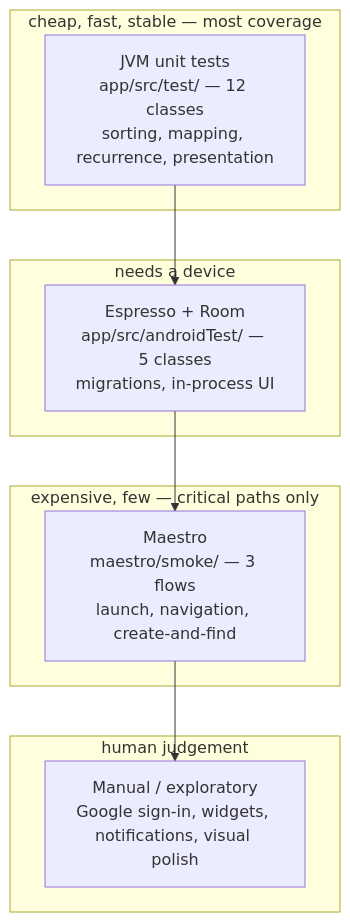
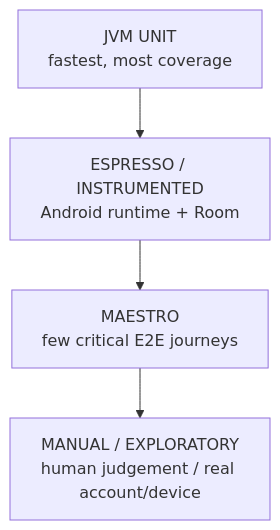
One commit to si13n/si13-android changed the third of 4 diagrams in docs/architecture.md. Above: the diagram before and after it, drawn with Mermaid. The commit also changed other lines of this file and 8 other files, not shown here.

Commit message:
Align harness docs and gates with five-role architecture

````diff
--- a/docs/architecture.md
+++ b/docs/architecture.md
@@ -76,16 +69,6 @@
 ```mermaid
 flowchart TD
-    subgraph cheap["cheap, fast, stable — most coverage"]
-        U["JVM unit tests<br/>app/src/test/ — 12 classes<br/>sorting, mapping, recurrence, presentation"]
-    end
-    subgraph mid["needs a device"]
-        E["Espresso + Room<br/>app/src/androidTest/ — 5 classes<br/>migrations, in-process UI"]
-    end
-    subgraph top["expensive, few — critical paths only"]
-        M["Maestro<br/>maestro/smoke/ — 3 flows<br/>launch, navigation, create-and-find"]
-    end
-    subgraph human["human judgement"]
-        X["Manual / exploratory<br/>Google sign-in, widgets, notifications, visual polish"]
-    end
-    U --> E --> M --> X
+    U["JVM UNIT<br/>fastest, most coverage"] --> E["ESPRESSO / INSTRUMENTED<br/>Android runtime + Room"]
+    E --> M["MAESTRO<br/>few critical E2E journeys"]
+    M --> X["MANUAL / EXPLORATORY<br/>human judgement / real account/device"]
 ```
````
